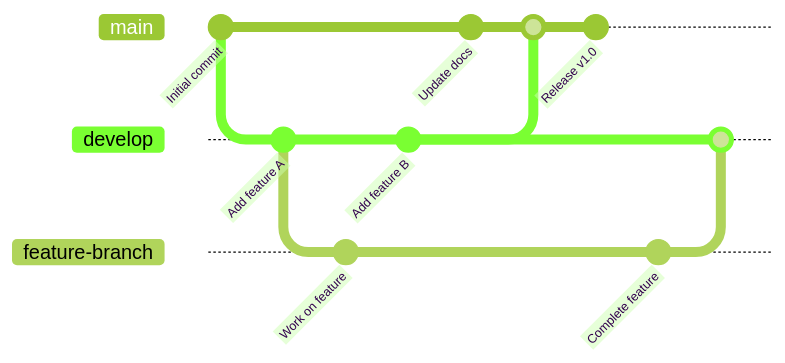
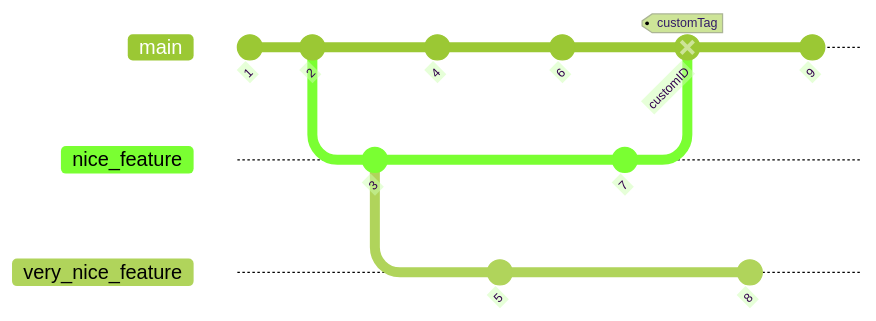
The eighth of 22 diagrams in skills/mermaid/examples/gitgraph.md (teachingai/full-stack-skills), drawn with Mermaid (forest theme) before and after one commit. The commit also changed other lines of this file and 1 other file, not shown here.

First line of the commit message:
docs(mermaid): 更新甘特图和Git图表示例文档

````diff
--- a/skills/mermaid/examples/gitgraph.md
+++ b/skills/mermaid/examples/gitgraph.md
@@ -68,20 +161,24 @@
 ```mermaid
 gitGraph
-    commit id: "Initial commit"
-    branch develop
-    checkout develop
-    commit id: "Add feature A"
-    branch feature-branch
-    checkout feature-branch
-    commit id: "Work on feature"
-    checkout develop
-    commit id: "Add feature B"
+    commit id: "1"
+    commit id: "2"
+    branch nice_feature
+    checkout nice_feature
+    commit id: "3"
     checkout main
-    commit id: "Update docs"
-    merge develop
-    commit id: "Release v1.0"
-    checkout feature-branch
-    commit id: "Complete feature"
-    checkout develop
-    merge feature-branch
+    commit id: "4"
+    checkout nice_feature
+    branch very_nice_feature
+    checkout very_nice_feature
+    commit id: "5"
+    checkout main
+    commit id: "6"
+    checkout nice_feature
+    commit id: "7"
+    checkout main
+    merge nice_feature id: "customID" tag: "customTag" type: REVERSE
+    checkout very_nice_feature
+    commit id: "8"
+    checkout main
+    commit id: "9"
 ```
````
